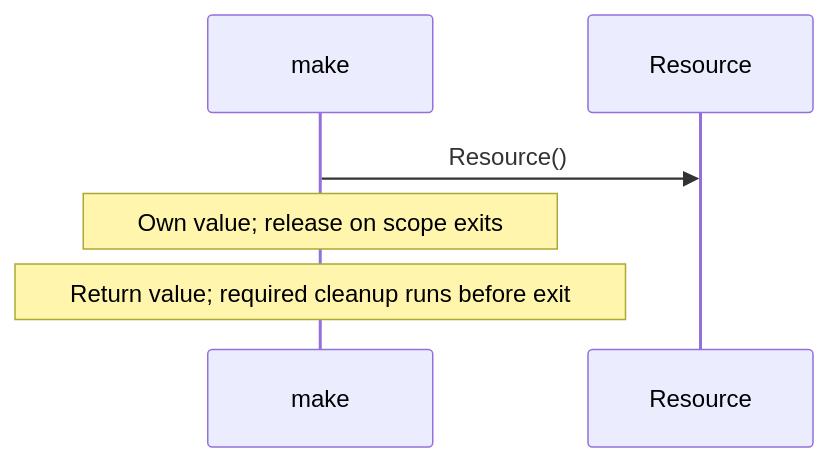
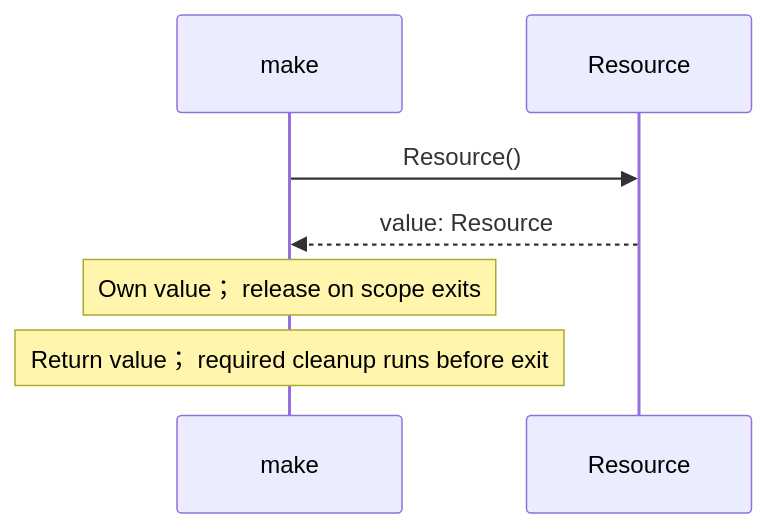
Before and after one commit to GreenPandaStudios/augscript: the third of 4 diagrams in docs/examples/ownership-transfer/resource-diagrams.md, drawn with Mermaid. The commit also changed other lines of this file and 524 other files, not shown here.

Commit message:
Explain checked data flow at folder and service levels

````diff
--- a/docs/examples/ownership-transfer/resource-diagrams.md
+++ b/docs/examples/ownership-transfer/resource-diagrams.md
@@ -81,8 +72,9 @@
 ```mermaid
 sequenceDiagram
     participant p0 as make
     participant p1 as Resource
     p0->>p1: Resource()
-    Note over p0: Own value#59; release on scope exits
-    Note over p0: Return value#59; required cleanup runs before exit
+    p1-->>p0: value: Resource
+    Note over p0: Own value； release on scope exits
+    Note over p0: Return value； required cleanup runs before exit
 ```
````
